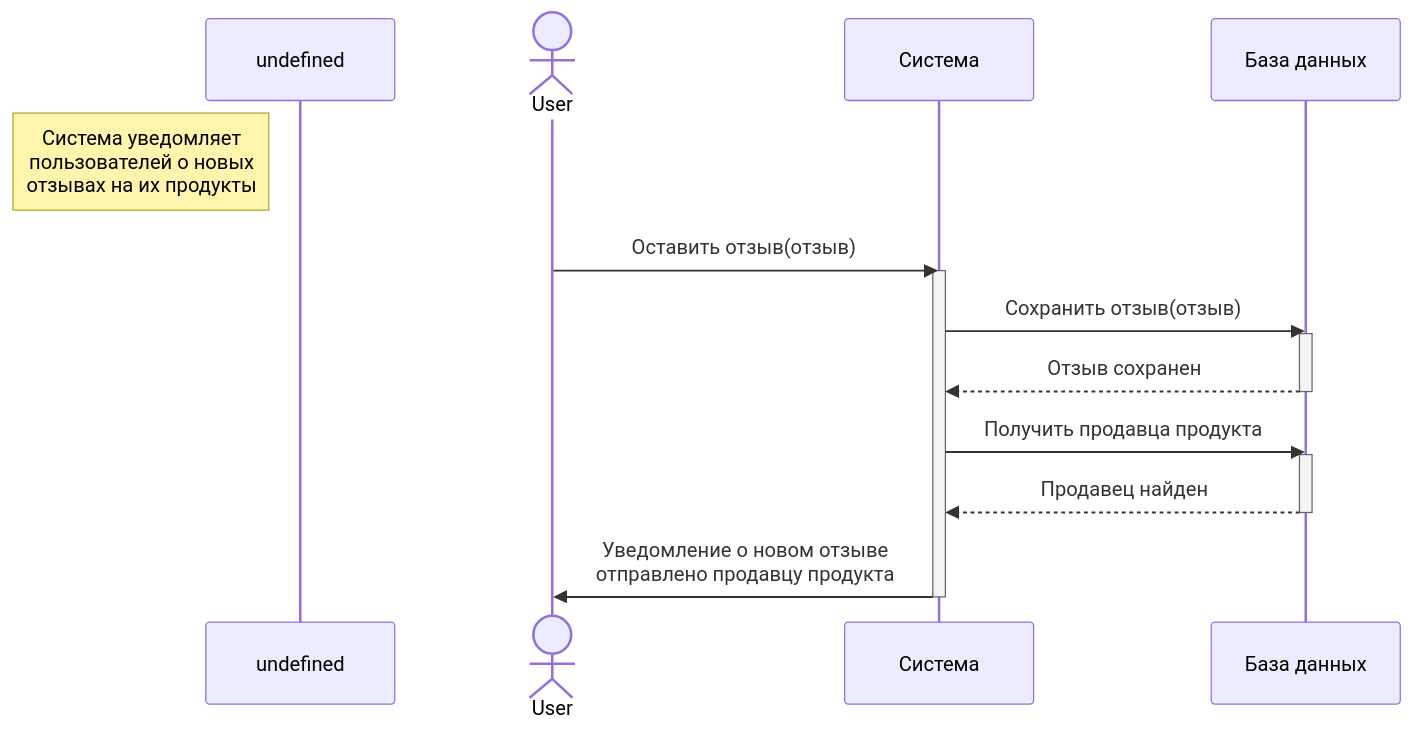
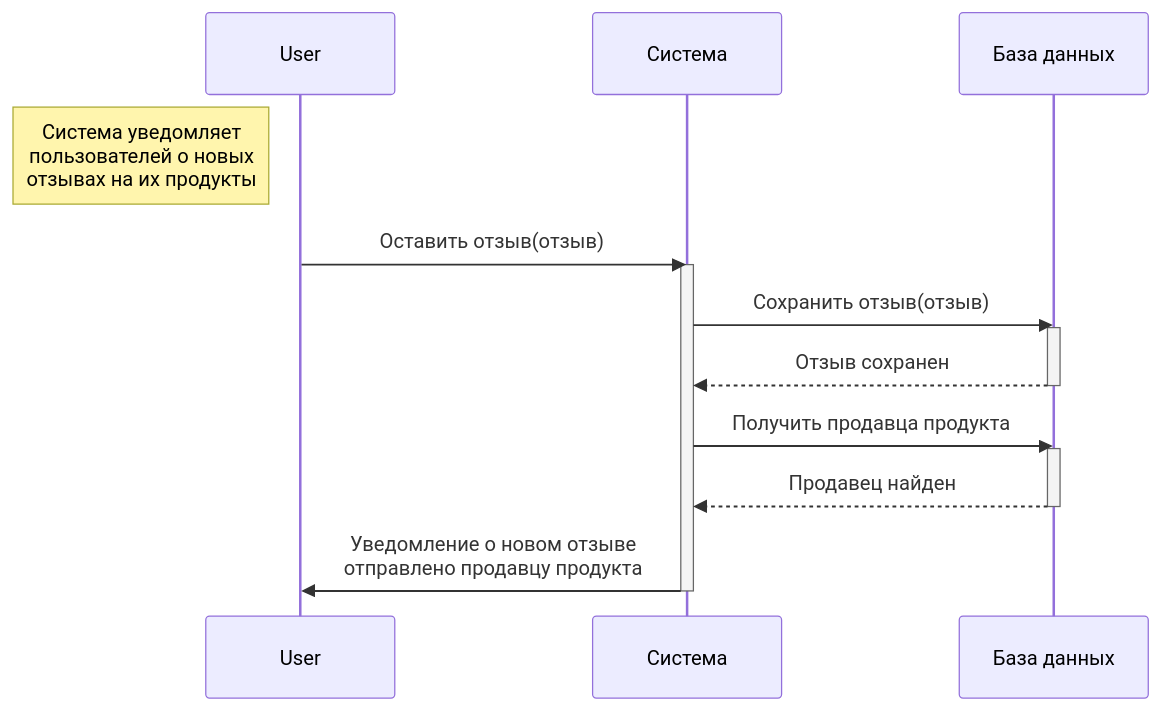
One commit to Ol333/hate-arising-labs changed the fifth of 5 diagrams in TIPiS/labs/lab11.md. Above: the diagram before and after it, drawn with Mermaid. The commit also changed 5 other files, not shown here.

````diff
--- a/TIPiS/labs/lab11.md
+++ b/TIPiS/labs/lab11.md
@@ -407,21 +407,21 @@
 ```mermaid
 sequenceDiagram
-note left of undefined: Система уведомляет<br>пользователей о новых<br>отзывах на их продукты 
+note left of User: Система уведомляет<br>пользователей о новых<br>отзывах на их продукты 
 
 actor User
 participant System as Система
 participant DB as База данных
 
 User ->> System: Оставить отзыв(отзыв)
 activate System
 System ->> DB: Сохранить отзыв(отзыв)
 activate DB
 DB -->> System: Отзыв сохранен
 deactivate DB
 System ->> DB: Получить продавца продукта
 activate DB
 DB -->> System: Продавец найден
 deactivate DB
 System ->> User: Уведомление о новом отзыве <br>отправлено продавцу продукта
 deactivate System
 ```
````
